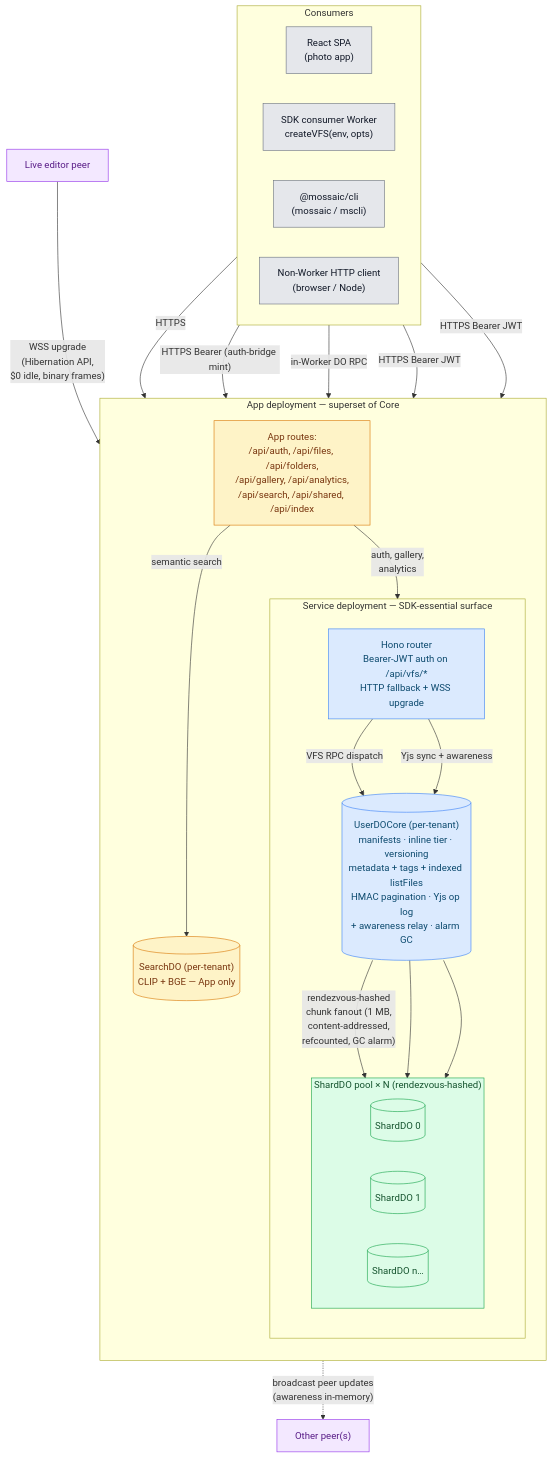
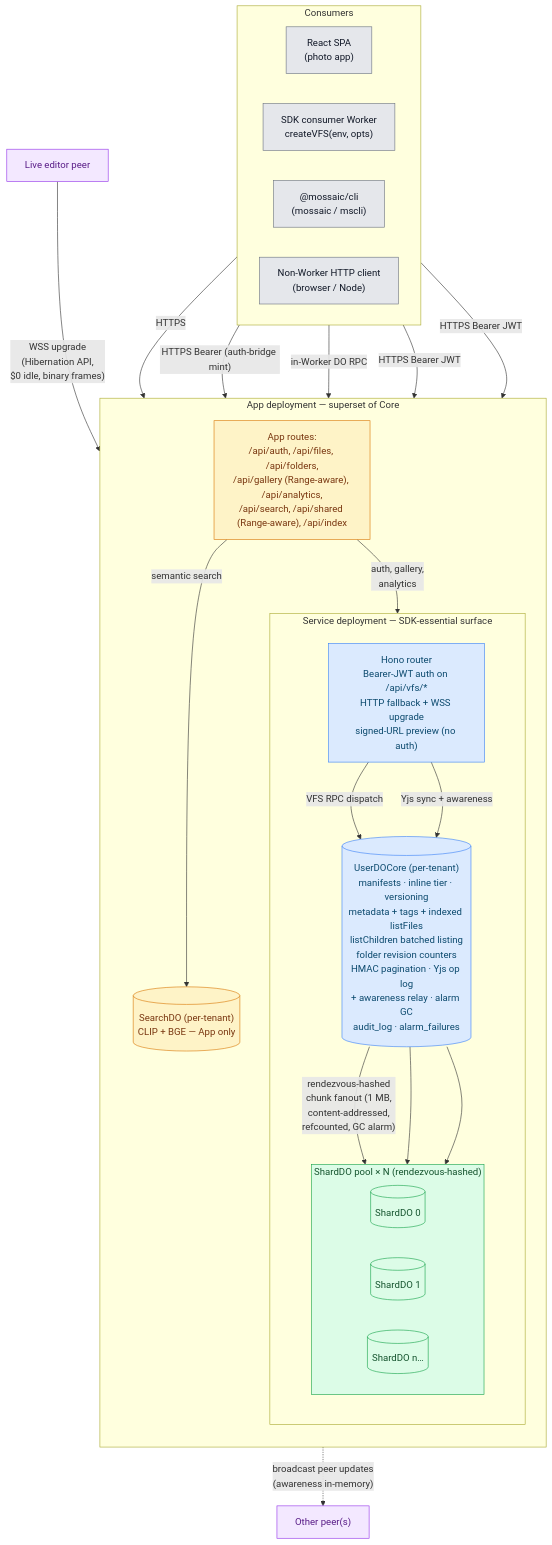
One commit to AshishKumar4/Mossaic changed the second of 2 diagrams in README.md. Above: the diagram before and after it, drawn with Mermaid. The commit also changed other lines of this file and 4 other files, not shown here.

First line of the commit message:
docs: refresh README + integration-guide + ops + sdk + roadmap

````diff
--- a/README.md
+++ b/README.md
@@ -104,58 +105,58 @@
 ```mermaid
 flowchart TD
     subgraph Consumers["Consumers"]
         direction LR
         SPA["React SPA<br/>(photo app)"]
         Worker["SDK consumer Worker<br/>createVFS(env, opts)"]
         CLI["@mossaic/cli<br/>(mossaic / mscli)"]
         HTTP["Non-Worker HTTP client<br/>(browser / Node)"]
     end
 
-    subgraph App["App deployment — superset of Core"]
+    subgraph App["App deployment &mdash; superset of Core"]
         direction TB
-        subgraph Core["Service deployment — SDK-essential surface"]
+        subgraph Core["Service deployment &mdash; SDK-essential surface"]
             direction TB
-            CoreRouter["Hono router<br/>Bearer-JWT auth on /api/vfs/*<br/>HTTP fallback + WSS upgrade"]
-            UserDOCore[("UserDOCore (per-tenant)<br/>manifests · inline tier · versioning<br/>metadata + tags + indexed listFiles<br/>HMAC pagination · Yjs op log<br/>+ awareness relay · alarm GC")]
-            subgraph ShardPool["ShardDO pool × N (rendezvous-hashed)"]
+            CoreRouter["Hono router<br/>Bearer-JWT auth on /api/vfs/*<br/>HTTP fallback + WSS upgrade<br/>signed-URL preview (no auth)"]
+            UserDOCore[("UserDOCore (per-tenant)<br/>manifests &middot; inline tier &middot; versioning<br/>metadata + tags + indexed listFiles<br/>listChildren batched listing<br/>folder revision counters<br/>HMAC pagination &middot; Yjs op log<br/>+ awareness relay &middot; alarm GC<br/>audit_log &middot; alarm_failures")]
+            subgraph ShardPool["ShardDO pool &times; N (rendezvous-hashed)"]
                 direction LR
                 S0[("ShardDO 0")]
                 S1[("ShardDO 1")]
-                Sn[("ShardDO n…")]
+                Sn[("ShardDO n&hellip;")]
             end
         end
-        AppRouter["App routes:<br/>/api/auth, /api/files, /api/folders,<br/>/api/gallery, /api/analytics,<br/>/api/search, /api/shared, /api/index"]
-        SearchDO[("SearchDO (per-tenant)<br/>CLIP + BGE — App only")]
+        AppRouter["App routes:<br/>/api/auth, /api/files, /api/folders,<br/>/api/gallery (Range-aware), /api/analytics,<br/>/api/search, /api/shared (Range-aware), /api/index"]
+        SearchDO[("SearchDO (per-tenant)<br/>CLIP + BGE &mdash; App only")]
     end
 
     SPA -- "HTTPS" --> AppRouter
     SPA -- "HTTPS Bearer (auth-bridge mint)" --> CoreRouter
     Worker -- "in-Worker DO RPC" --> UserDOCore
     CLI -- "HTTPS Bearer JWT" --> CoreRouter
     HTTP -- "HTTPS Bearer JWT" --> CoreRouter
     AppRouter -- "auth, gallery,<br/>analytics" --> UserDOCore
     AppRouter -- "semantic search" --> SearchDO
     CoreRouter -- "VFS RPC dispatch" --> UserDOCore
 
     UserDOCore -- "rendezvous-hashed<br/>chunk fanout (1 MB,<br/>content-addressed,<br/>refcounted, GC alarm)" --> S0
     UserDOCore --> S1
     UserDOCore --> Sn
 
     Browser["Live editor peer"]
     Browser2["Other peer(s)"]
     Browser -- "WSS upgrade<br/>(Hibernation API,<br/>$0 idle, binary frames)" --> CoreRouter
     CoreRouter -- "Yjs sync + awareness" --> UserDOCore
     UserDOCore -. "broadcast peer updates<br/>(awareness in-memory)" .-> Browser2
 
     classDef consumer fill:#e5e7eb,stroke:#6b7280,stroke-width:1px,color:#111827;
     classDef core fill:#dbeafe,stroke:#3b82f6,stroke-width:1px,color:#0c4a6e;
     classDef app fill:#fef3c7,stroke:#d97706,stroke-width:1px,color:#78350f;
     classDef shard fill:#dcfce7,stroke:#16a34a,stroke-width:1px,color:#14532d;
     classDef peer fill:#f3e8ff,stroke:#9333ea,stroke-width:1px,color:#581c87;
 
     class SPA,Worker,CLI,HTTP consumer;
     class CoreRouter,UserDOCore core;
     class AppRouter,SearchDO app;
     class S0,S1,Sn,ShardPool shard;
     class Browser,Browser2 peer;
 ```
````
